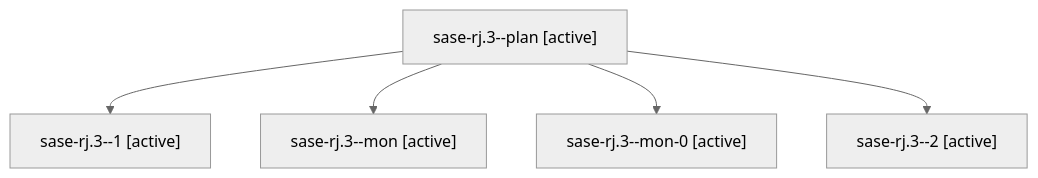
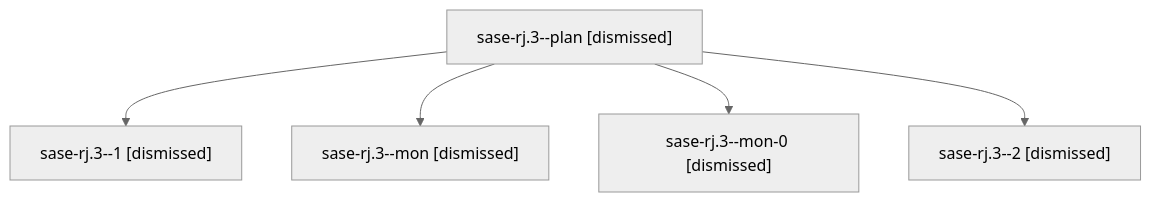
The diagram in sessions/bbugyi200.athena.sase-rj.3.md (sase-org/sase--agents), drawn with Mermaid (neutral theme) before and after one commit. The commit also changed other lines of this file and 159 other files, not shown here.

````diff
--- a/sessions/bbugyi200.athena.sase-rj.3.md
+++ b/sessions/bbugyi200.athena.sase-rj.3.md
@@ -9,12 +9,12 @@
 ```mermaid
 flowchart TD
-  n0["sase-rj.3--plan [active]"]
-  n1["sase-rj.3--1 [active]"]
+  n0["sase-rj.3--plan [dismissed]"]
+  n1["sase-rj.3--1 [dismissed]"]
   n0 --> n1
-  n2["sase-rj.3--mon [active]"]
+  n2["sase-rj.3--mon [dismissed]"]
   n0 --> n2
-  n3["sase-rj.3--mon-0 [active]"]
+  n3["sase-rj.3--mon-0 [dismissed]"]
   n0 --> n3
-  n4["sase-rj.3--2 [active]"]
+  n4["sase-rj.3--2 [dismissed]"]
   n0 --> n4
 ```
````
